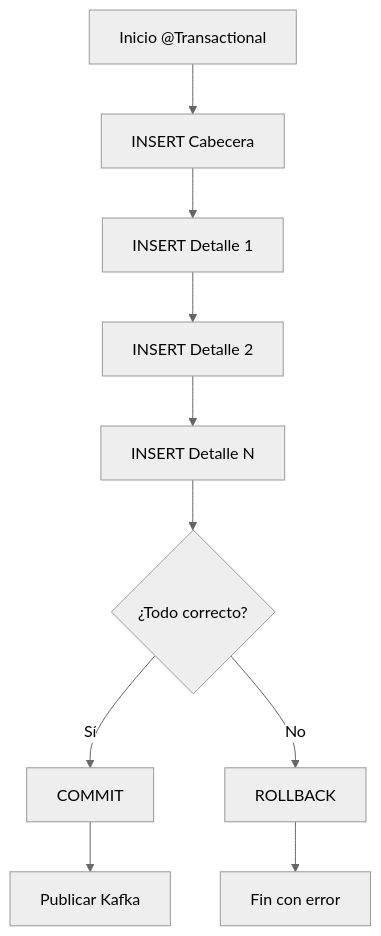
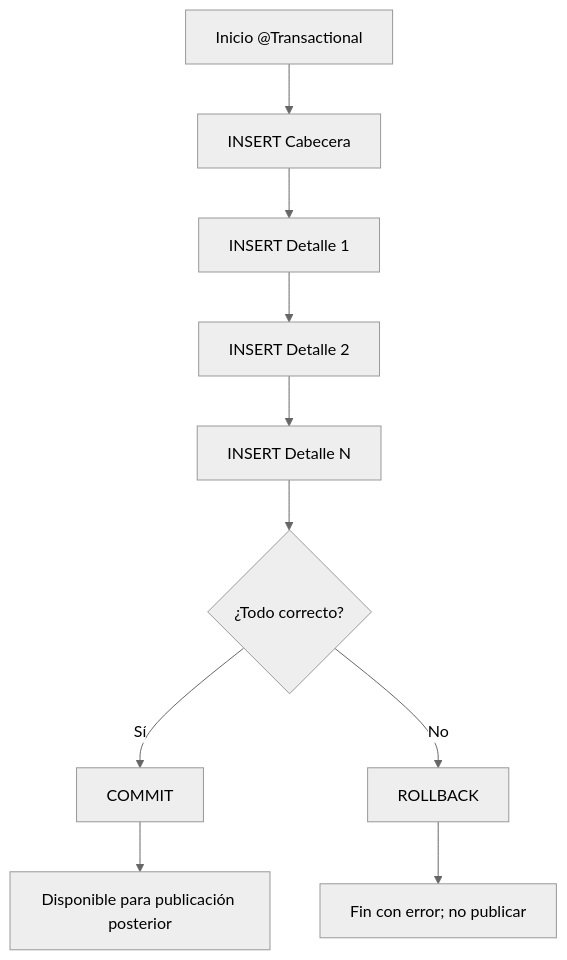
Before and after one commit to MikeBOSS87/OperacionInventarios: the third of 3 diagrams in README.md, drawn with Mermaid (neutral theme). The commit also changed other lines of this file and 15 other files, not shown here.

````diff
--- a/README.md
+++ b/README.md
@@ -462,12 +491,12 @@
 ```mermaid
 flowchart TD
     A[Inicio @Transactional] --> B[INSERT Cabecera]
     B --> C[INSERT Detalle 1]
     C --> D[INSERT Detalle 2]
     D --> E[INSERT Detalle N]
     E --> F{¿Todo correcto?}
     F -->|Sí| G[COMMIT]
     F -->|No| H[ROLLBACK]
-    G --> I[Publicar Kafka]
-    H --> J[Fin con error]
+    G --> I[Disponible para publicación posterior]
+    H --> J[Fin con error; no publicar]
 ```
````
